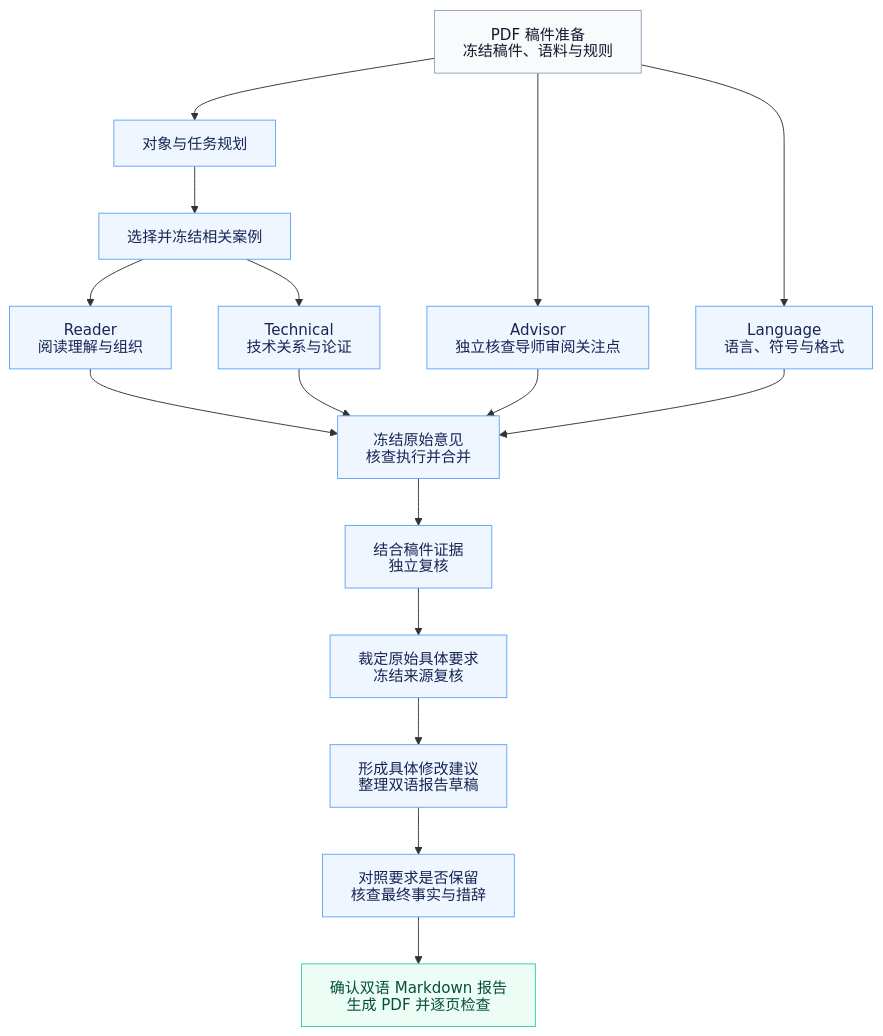
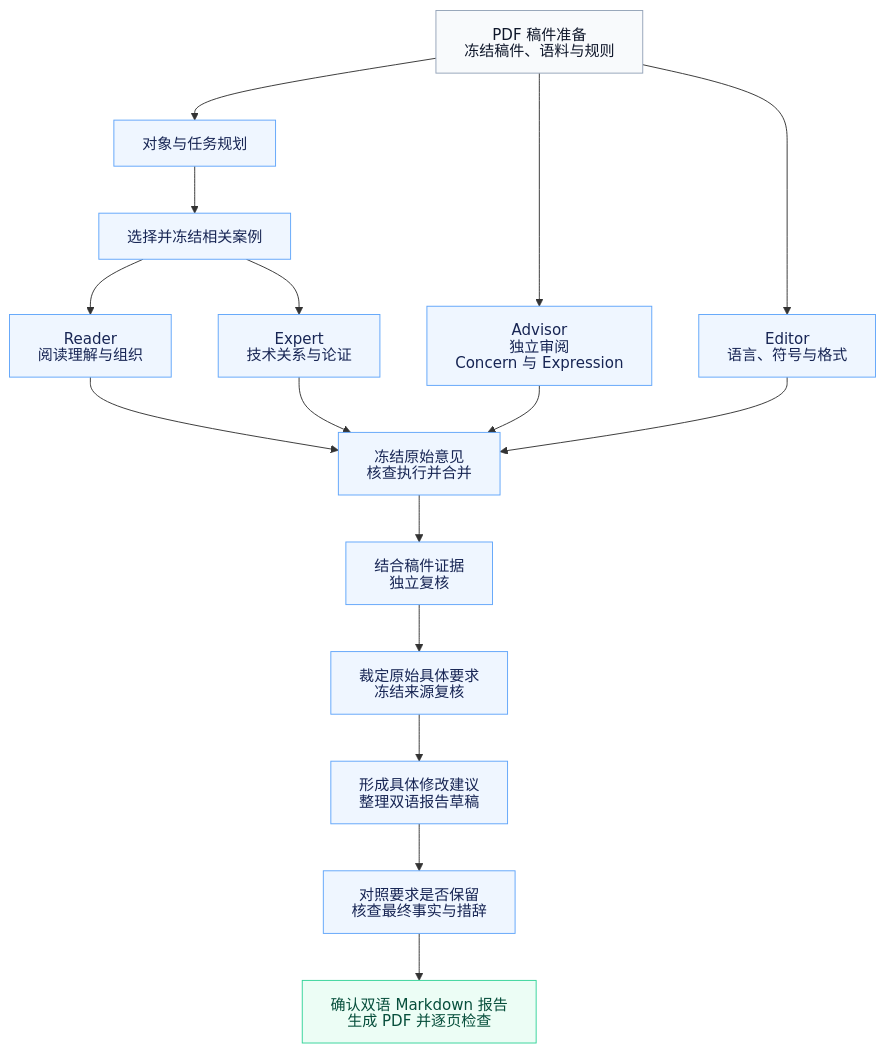
The diagram in README.zh-CN.md (stevenyyzhang/MentorTrace), drawn with Mermaid before and after one commit. The commit also changed other lines of this file and 143 other files, not shown here.

````diff
--- a/README.zh-CN.md
+++ b/README.zh-CN.md
@@ -53,40 +55,40 @@
 ```mermaid
 ---
 config:
   htmlLabels: false
   flowchart:
     htmlLabels: false
 ---
 flowchart TB
     F["PDF 稿件准备<br/>冻结稿件、语料与规则"]
     O["对象与任务规划"]
     C["选择并冻结相关案例"]
     R["Reader<br/>阅读理解与组织"]
-    T["Technical<br/>技术关系与论证"]
-    A["Advisor<br/>独立核查导师审阅关注点"]
-    L["Language<br/>语言、符号与格式"]
+    T["Expert<br/>技术关系与论证"]
+    A["Advisor<br/>独立审阅<br/>Concern 与 Expression"]
+    L["Editor<br/>语言、符号与格式"]
     M["冻结原始意见<br/>核查执行并合并"]
     V["结合稿件证据<br/>独立复核"]
     Q["裁定原始具体要求<br/>冻结来源复核"]
     D["形成具体修改建议<br/>整理双语报告草稿"]
     B["对照要求是否保留<br/>核查最终事实与措辞"]
     OUT["确认双语 Markdown 报告<br/>生成 PDF 并逐页检查"]
 
     F --> O --> C
     C --> R
     C --> T
     F ----> A
     F ----> L
     R --> M
     T --> M
     A --> M
     L --> M
     M --> V --> Q --> D --> B --> OUT
 
     classDef input fill:#f8fafc,stroke:#94a3b8,color:#0f172a;
     classDef review fill:#eff6ff,stroke:#60a5fa,color:#172554;
     classDef output fill:#ecfdf5,stroke:#34d399,color:#064e3b;
     class F input;
     class O,C,R,T,A,L,M,V,Q,D,B review;
     class OUT output;
 ```
````
